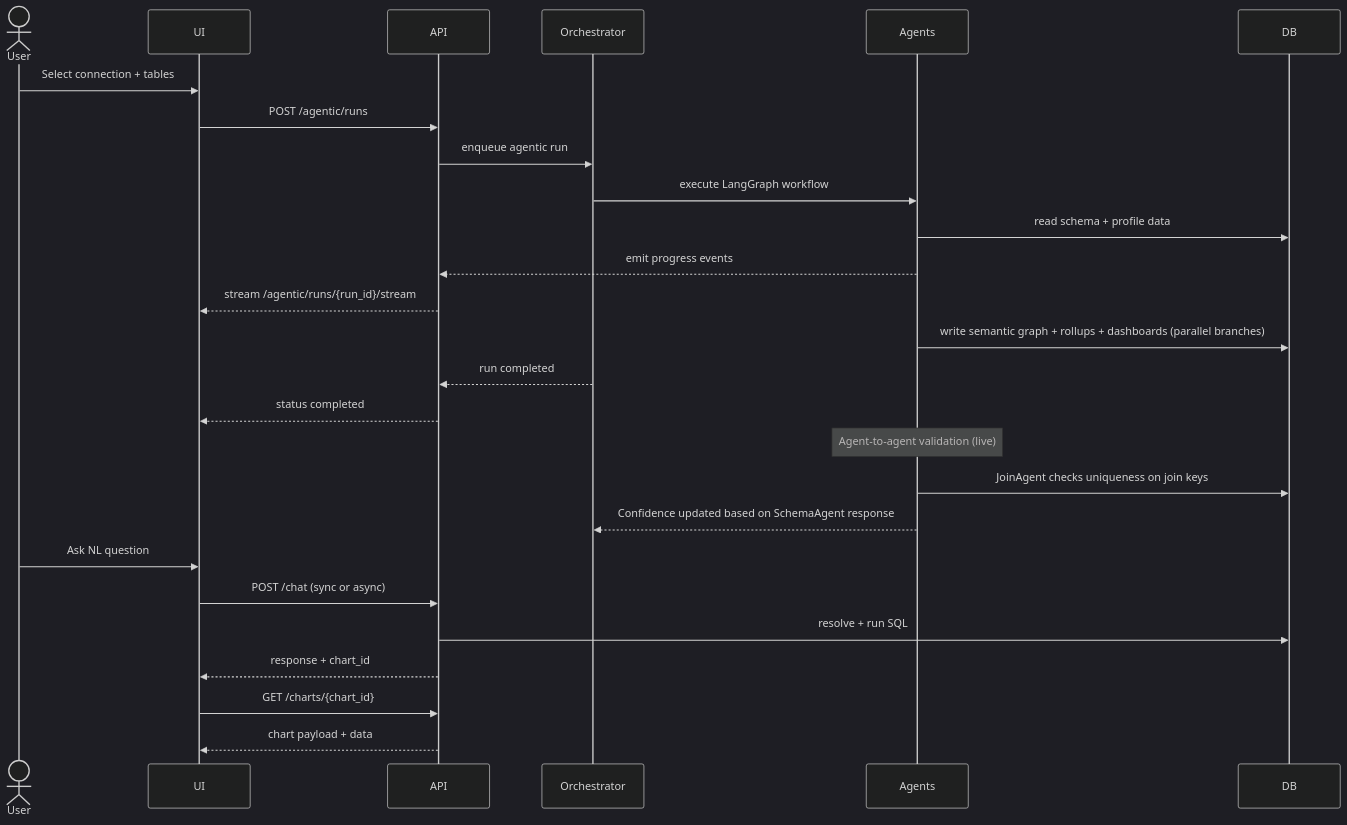
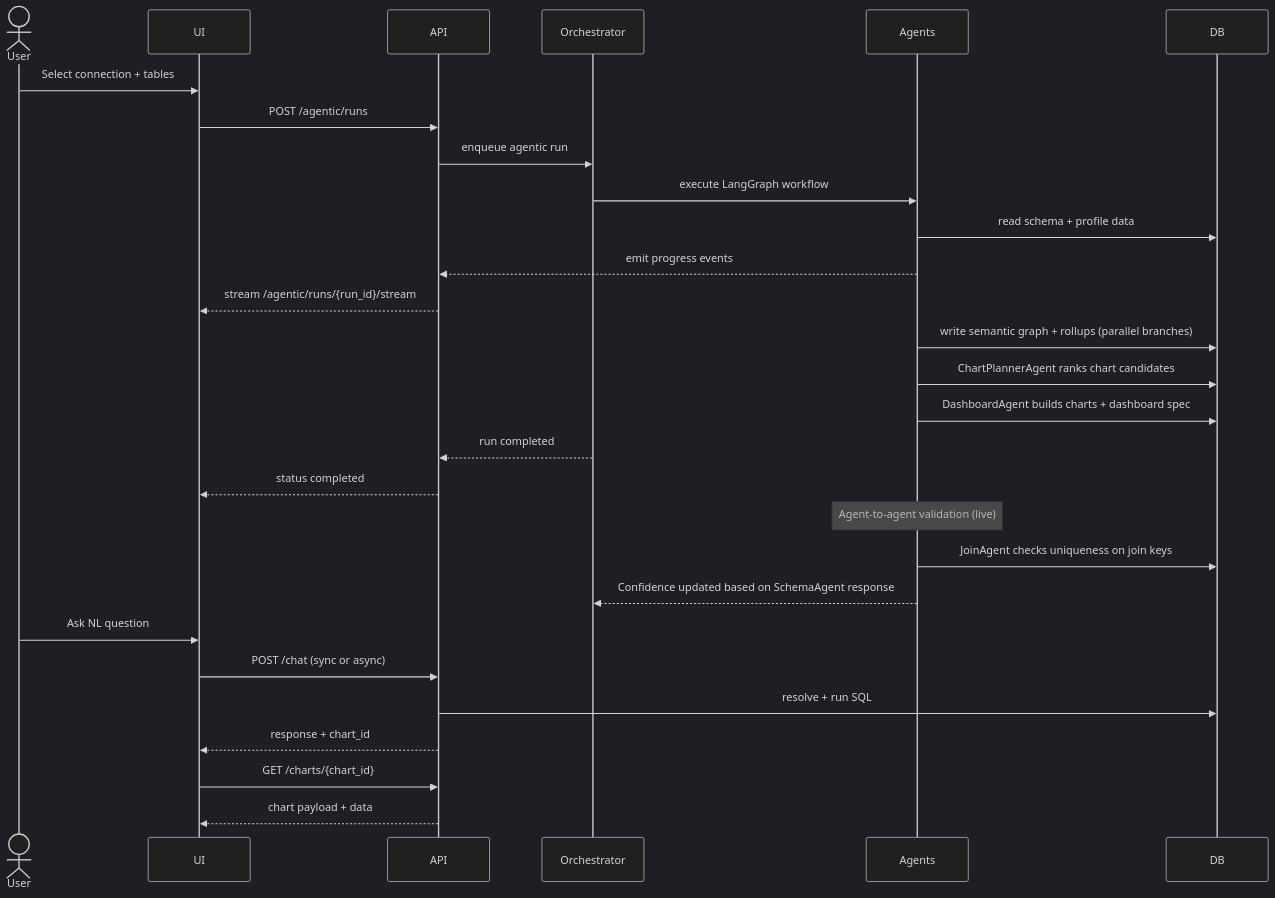
One commit to cvarma2311/quantyx-core changed the second of 2 diagrams in docs/implementation_plans/Phase_Agentic_Semantic_Platform/19_System_Architecture.md. Above: the diagram before and after it, drawn with Mermaid (dark theme). The commit also changed other lines of this file and 8 other files, not shown here.

````diff
--- a/docs/implementation_plans/Phase_Agentic_Semantic_Platform/19_System_Architecture.md
+++ b/docs/implementation_plans/Phase_Agentic_Semantic_Platform/19_System_Architecture.md
@@ -108,32 +110,34 @@
 ```mermaid
 sequenceDiagram
   actor User
   participant UI
   participant API
   participant Orchestrator
   participant Agents
   participant DB
 
   User->>UI: Select connection + tables
   UI->>API: POST /agentic/runs
   API->>Orchestrator: enqueue agentic run
   Orchestrator->>Agents: execute LangGraph workflow
   Agents->>DB: read schema + profile data
   Agents-->>API: emit progress events
   API-->>UI: stream /agentic/runs/{run_id}/stream
 
-  Agents->>DB: write semantic graph + rollups + dashboards (parallel branches)
+  Agents->>DB: write semantic graph + rollups (parallel branches)
+  Agents->>DB: ChartPlannerAgent ranks chart candidates
+  Agents->>DB: DashboardAgent builds charts + dashboard spec
   Orchestrator-->>API: run completed
   API-->>UI: status completed
 
   Note over Agents: Agent-to-agent validation (live)
   Agents->>DB: JoinAgent checks uniqueness on join keys
   Agents-->>Orchestrator: Confidence updated based on SchemaAgent response
 
   User->>UI: Ask NL question
   UI->>API: POST /chat (sync or async)
   API->>DB: resolve + run SQL
   API-->>UI: response + chart_id
   UI->>API: GET /charts/{chart_id}
   API-->>UI: chart payload + data
 ```
````
